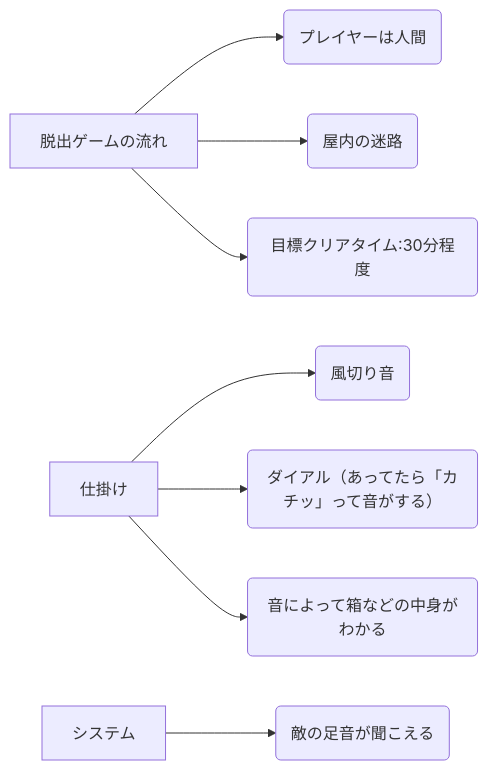
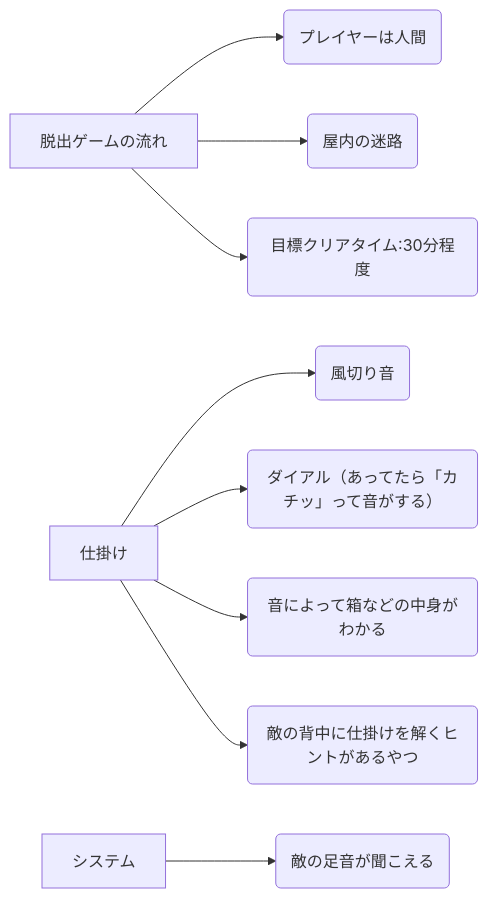
Before and after one commit to EyeTracker-123/UnityProject: the diagram in README.md, drawn with Mermaid.

````diff
--- a/README.md
+++ b/README.md
@@ -3,34 +3,37 @@
 ```mermaid
 flowchart LR
 
 
 
 b[脱出ゲームの流れ]
 
 b0(プレイヤーは人間)
 b1(屋内の迷路)
 b2(目標クリアタイム:30分程度)
 
 b --> b0
 b --> b1
 b --> b2
 
 x[仕掛け]
 
 x0(風切り音)
 x1(ダイアル（あってたら「カチッ」って音がする）)
 x2(音によって箱などの中身がわかる)
+x3(敵の背中に仕掛けを解くヒントがあるやつ)
+
 
 x --> x0
 x --> x1
 x --> x2
+x --> x3 
 
 
 
 s[システム]
 
 s0(敵の足音が聞こえる)
 
 s --> s0
 
 ```
````
